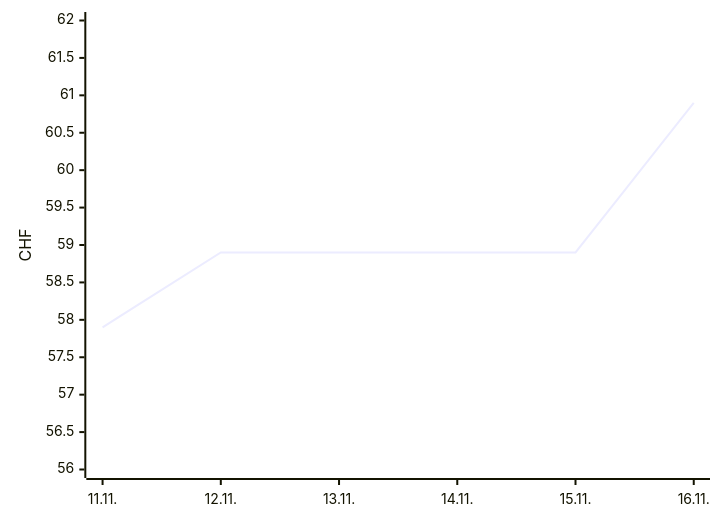
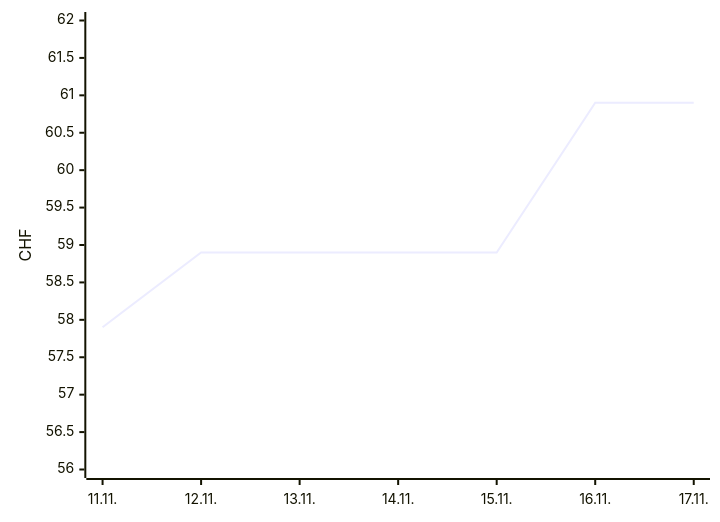
Before and after one commit to Akira2828/my-Galaxus-MCP: the second of 2 diagrams in README.md, drawn with Mermaid. The commit also changed other lines of this file and 1 other file, not shown here.

````diff
--- a/README.md
+++ b/README.md
@@ -25,6 +25,6 @@
 ```mermaid
 xychart-beta
-  x-axis ["11.11.", "12.11.", "13.11.", "14.11.", "15.11.", "16.11."]
+  x-axis ["11.11.", "12.11.", "13.11.", "14.11.", "15.11.", "16.11.", "17.11."]
   y-axis "CHF" 56 --> 62
-  line [57.9, 58.9, 58.9, 58.9, 58.9, 60.9]
+  line [57.9, 58.9, 58.9, 58.9, 58.9, 60.9, 60.9]
 ```
````
